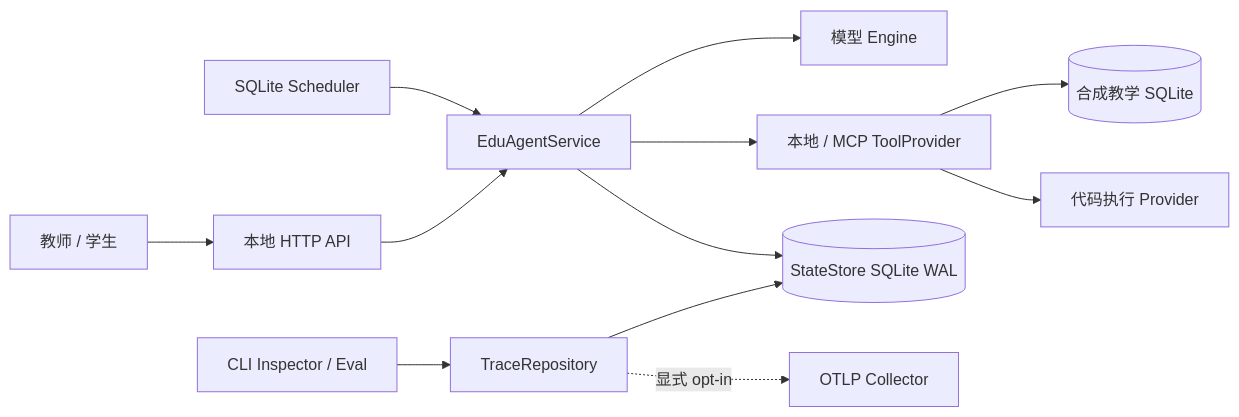
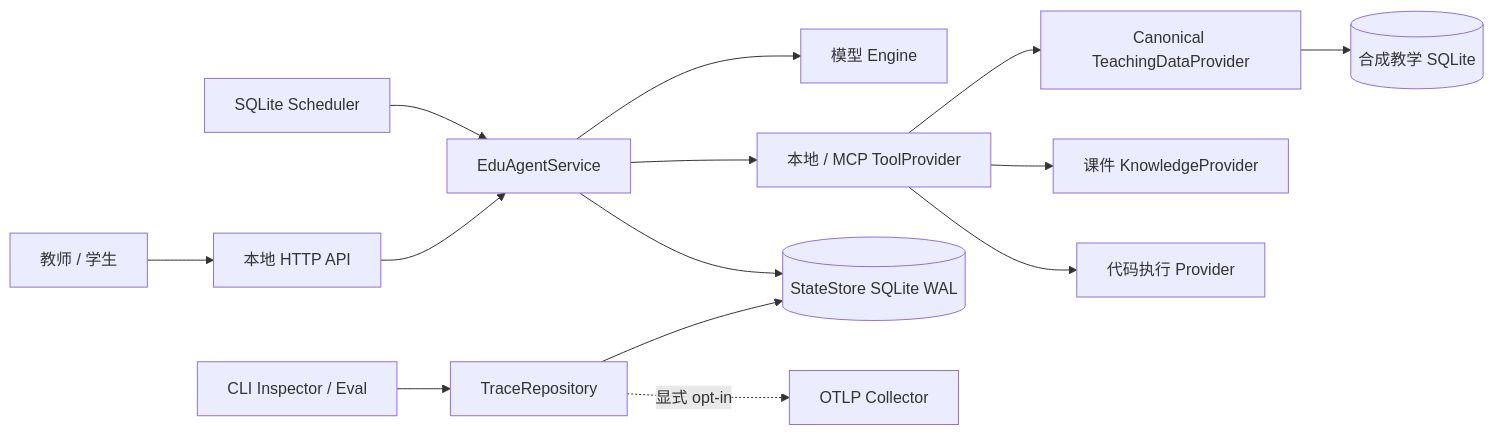
The first of 6 diagrams in docs/architecture.md (zhangxiaobina/edu-agent), drawn with Mermaid before and after one commit. The commit also changed other lines of this file and 12 other files, not shown here.

Commit message:
feat: add canonical teaching data provider

````diff
--- a/docs/architecture.md
+++ b/docs/architecture.md
@@ -8,14 +8,16 @@
 ```mermaid
 flowchart LR
     User[教师 / 学生] --> API[本地 HTTP API]
     Scheduler[SQLite Scheduler] --> Service[EduAgentService]
     API --> Service
     Service --> Engine[模型 Engine]
     Service --> Tools[本地 / MCP ToolProvider]
-    Tools --> LMS[(合成教学 SQLite)]
+    Tools --> Teaching[Canonical TeachingDataProvider]
+    Teaching --> LMS[(合成教学 SQLite)]
+    Tools --> Knowledge[课件 KnowledgeProvider]
     Tools --> Code[代码执行 Provider]
     Service --> State[(StateStore SQLite WAL)]
     Inspector[CLI Inspector / Eval] --> Trace[TraceRepository]
     Trace --> State
     Trace -. 显式 opt-in .-> OTLP[OTLP Collector]
 ```
````
